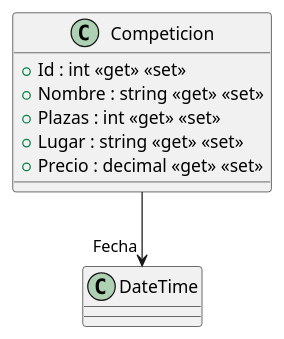
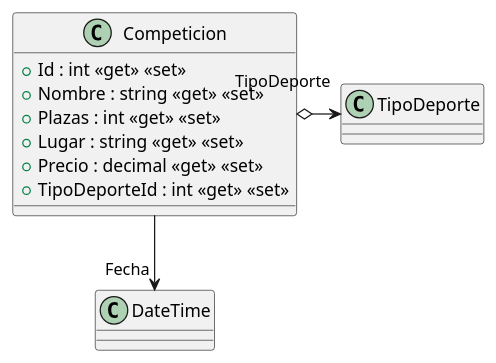
One commit to 2026-27AstonMartin/ISII2627AstonMartin changed the diagram in src/AppForSEII.API/ClassDiagram/Models/Competicion.puml. Above: the diagram before and after it, drawn with PlantUML. The commit also changed 5 other files, not shown here.

Commit message:
Actualizar clase Competicion según el diagrama (#64) (#66)

```diff
--- a/src/AppForSEII.API/ClassDiagram/Models/Competicion.puml
+++ b/src/AppForSEII.API/ClassDiagram/Models/Competicion.puml
@@ -1,10 +1,12 @@
 @startuml
 class Competicion {
     + Id : int <<get>> <<set>>
     + Nombre : string <<get>> <<set>>
     + Plazas : int <<get>> <<set>>
     + Lugar : string <<get>> <<set>>
     + Precio : decimal <<get>> <<set>>
+    + TipoDeporteId : int <<get>> <<set>>
 }
 Competicion --> "Fecha" DateTime
+Competicion o-> "TipoDeporte" TipoDeporte
 @enduml
```
